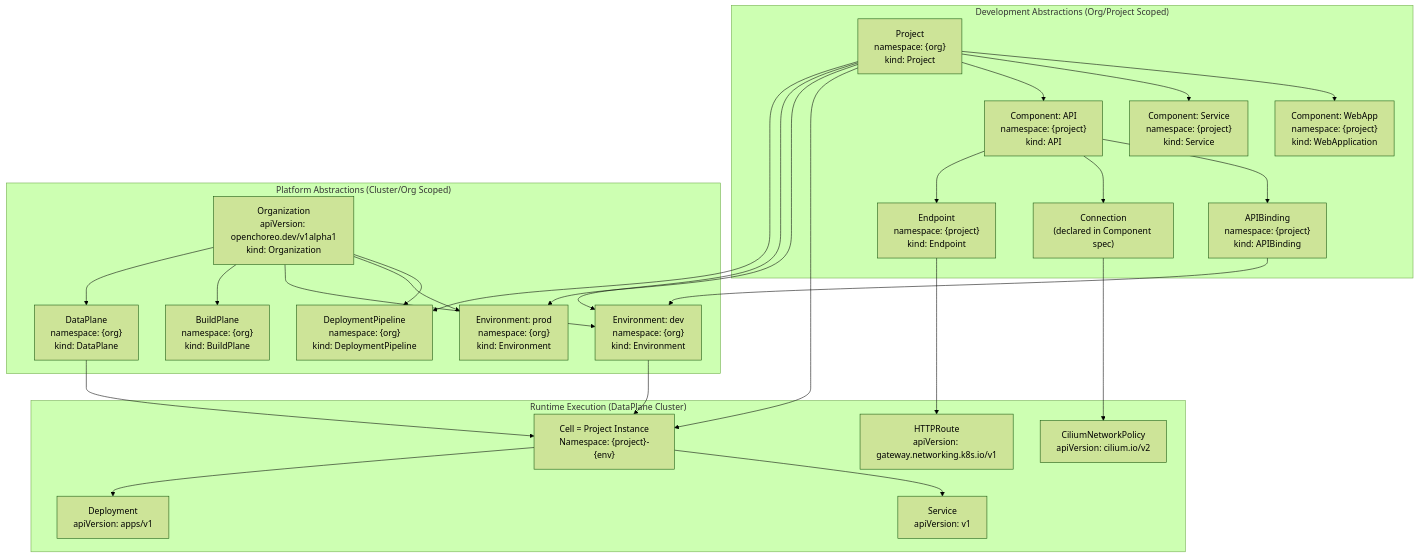
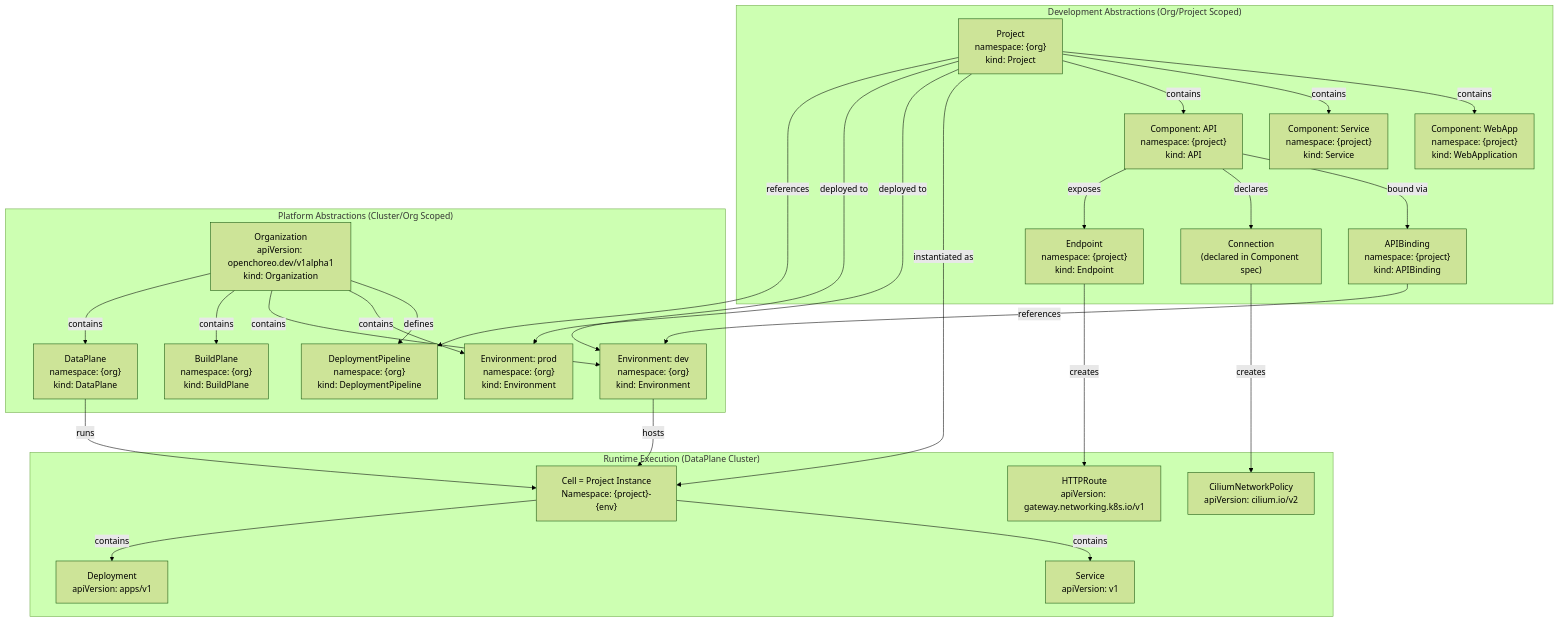
Before and after one commit to openchoreo/openchoreo: diagram 12 of 12 in docs/deepwiki/Platform-Abstractions.md, drawn with Mermaid (forest theme). The commit also changed other lines of this file and 85 other files, not shown here.

Commit message:
feat: Add new workflow and specification templates, update Helm chart dependencies, and clarify documentation diagrams.

````diff
--- a/docs/deepwiki/Platform-Abstractions.md
+++ b/docs/deepwiki/Platform-Abstractions.md
@@ -599,72 +599,72 @@
 ```mermaid
 flowchart TD
 
 Org["Organization<br>apiVersion: openchoreo.dev/v1alpha1<br>kind: Organization"]
 DP["DataPlane<br>namespace: {org}<br>kind: DataPlane"]
 BP["BuildPlane<br>namespace: {org}<br>kind: BuildPlane"]
 Env1["Environment: dev<br>namespace: {org}<br>kind: Environment"]
 Env2["Environment: prod<br>namespace: {org}<br>kind: Environment"]
 DPipe["DeploymentPipeline<br>namespace: {org}<br>kind: DeploymentPipeline"]
 Proj["Project<br>namespace: {org}<br>kind: Project"]
 Comp1["Component: API<br>namespace: {project}<br>kind: API"]
 Comp2["Component: Service<br>namespace: {project}<br>kind: Service"]
 Comp3["Component: WebApp<br>namespace: {project}<br>kind: WebApplication"]
 EP1["Endpoint<br>namespace: {project}<br>kind: Endpoint"]
 Conn1["Connection<br>(declared in Component spec)"]
 Binding1["APIBinding<br>namespace: {project}<br>kind: APIBinding"]
 Cell["Cell = Project Instance<br>Namespace: {project}-{env}"]
 Deploy1["Deployment<br>apiVersion: apps/v1"]
 Svc1["Service<br>apiVersion: v1"]
 HTTPRoute1["HTTPRoute<br>apiVersion: gateway.networking.k8s.io/v1"]
 NetworkPolicy1["CiliumNetworkPolicy<br>apiVersion: cilium.io/v2"]
 
-Proj --> DPipe
-Proj --> Env1
-Proj --> Env2
-Binding1 --> Env1
-Proj --> Cell
-Env1 --> Cell
-DP --> Cell
-EP1 --> HTTPRoute1
-Conn1 --> NetworkPolicy1
+Proj -->|"references"| DPipe
+Proj -->|"deployed to"| Env1
+Proj -->|"deployed to"| Env2
+Binding1 -->|"references"| Env1
+Proj -->|"instantiated as"| Cell
+Env1 -->|"hosts"| Cell
+DP -->|"runs"| Cell
+EP1 -->|"creates"| HTTPRoute1
+Conn1 -->|"creates"| NetworkPolicy1
 
 subgraph Runtime ["Runtime Execution (DataPlane Cluster)"]
     Cell
     Deploy1
     Svc1
     HTTPRoute1
     NetworkPolicy1
-    Cell --> Deploy1
-    Cell --> Svc1
+    Cell -->|"contains"| Deploy1
+    Cell -->|"contains"| Svc1
 end
 
 subgraph Development ["Development Abstractions (Org/Project Scoped)"]
     Proj
     Comp1
     Comp2
     Comp3
     EP1
     Conn1
     Binding1
-    Proj --> Comp1
-    Proj --> Comp2
-    Proj --> Comp3
-    Comp1 --> EP1
-    Comp1 --> Conn1
-    Comp1 --> Binding1
+    Proj -->|"contains"| Comp1
+    Proj -->|"contains"| Comp2
+    Proj -->|"contains"| Comp3
+    Comp1 -->|"exposes"| EP1
+    Comp1 -->|"declares"| Conn1
+    Comp1 -->|"bound via"| Binding1
 end
 
 subgraph Platform ["Platform Abstractions (Cluster/Org Scoped)"]
     Org
     DP
     BP
     Env1
     Env2
     DPipe
-    Org --> DP
-    Org --> BP
-    Org --> Env1
-    Org --> Env2
-    Org --> DPipe
+    Org -->|"contains"| DP
+    Org -->|"contains"| BP
+    Org -->|"contains"| Env1
+    Org -->|"contains"| Env2
+    Org -->|"defines"| DPipe
 end
 ```
````
